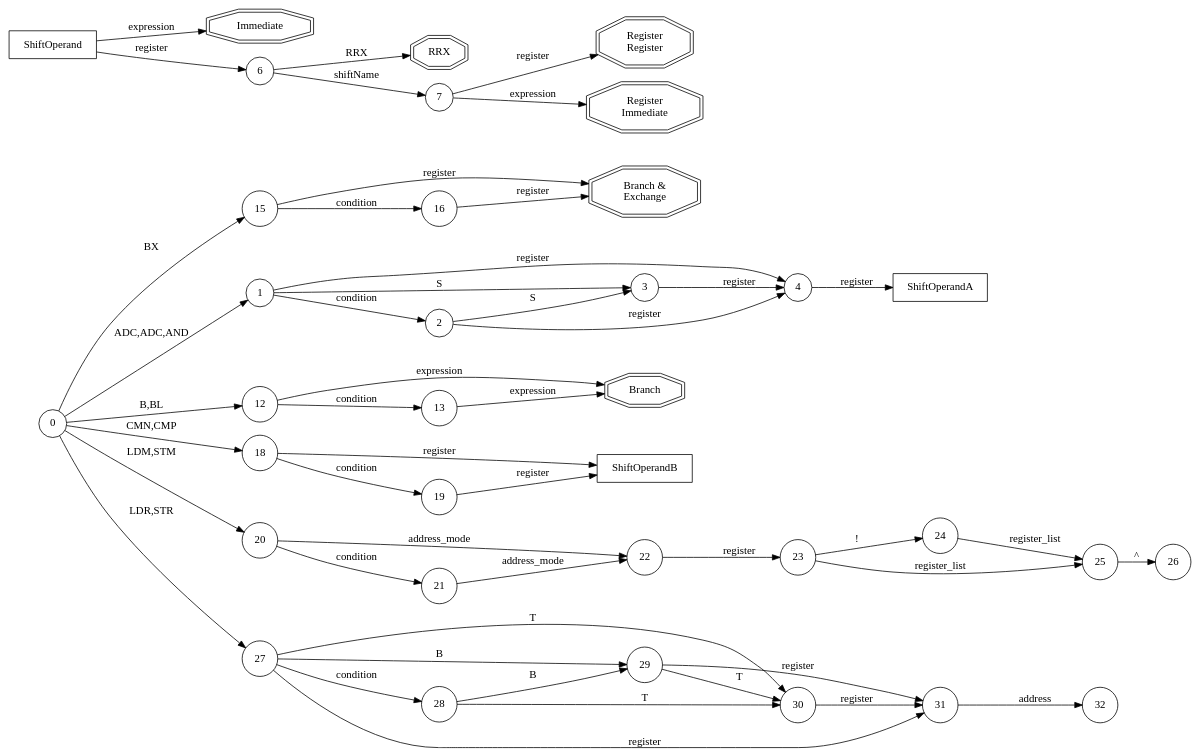
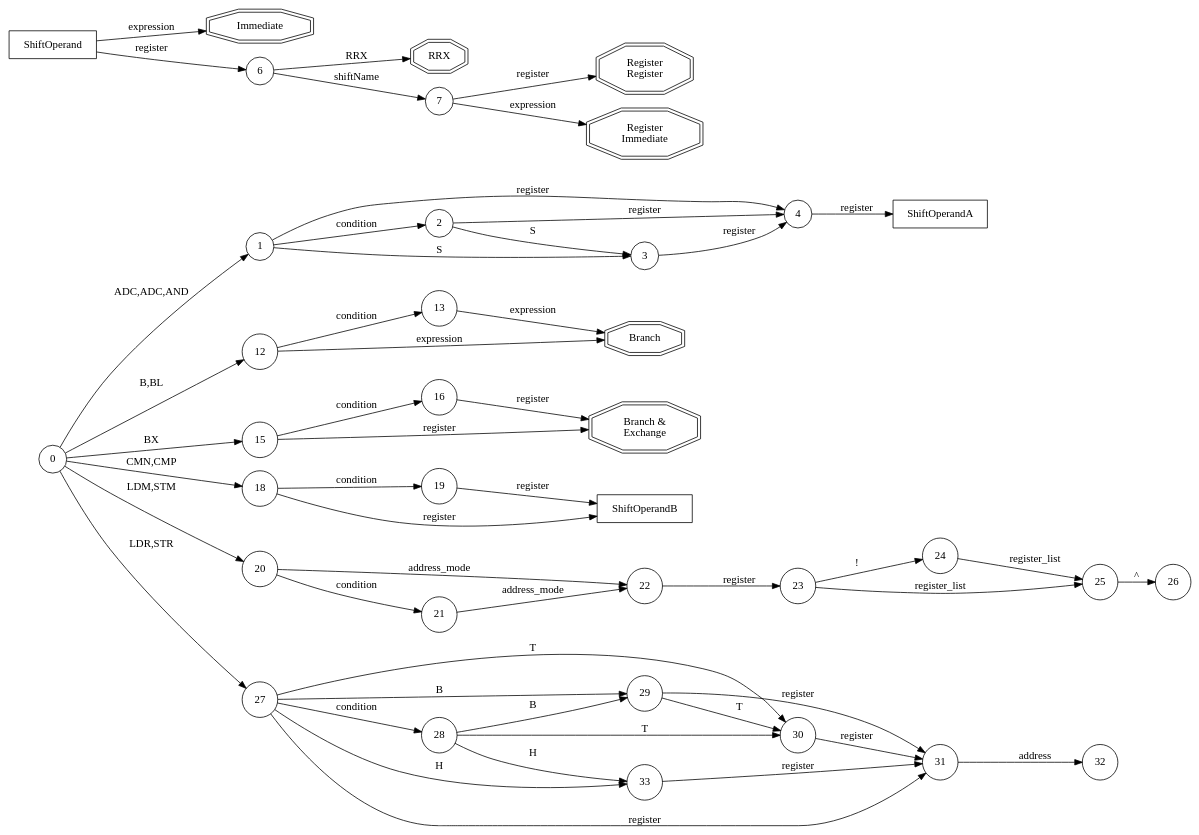
One commit to dospro/biogba changed the diagram in docs/asm_parser/opcode.dot. Above: the diagram before and after it, drawn with Graphviz. The commit also changed 3 other files, not shown here.

```diff
--- a/docs/asm_parser/opcode.dot
+++ b/docs/asm_parser/opcode.dot
@@ -1,72 +1,76 @@
 digraph g {
   rankdir=LR;
   node [shape = doubleoctagon]; 17 10 11 8 9 14 ;
   node [shape = box] ShiftOperandA ShiftOperandB ShiftOperand
 	node [shape = circle];
   
   17 [label="Branch & \nExchange"]
   14 [label=Branch]
   11 [label=Immediate]
   10 [label=RRX]
   8 [label="Register\nRegister"]
   9 [label="Register\nImmediate"]
 
   0 -> 1 [label="ADC,ADC,AND"]
   1 -> 2 [label=condition]
   2 -> 3 [label=S]
   1 -> 3 [label=S]
   1 -> 4 [label=register]
   2 -> 4 [label=register]
   3 -> 4 [label=register]
   4 -> ShiftOperandA [label=register]
 
   // Shift Operand
   ShiftOperand -> 6 [label=register]
   ShiftOperand -> 11 [label=expression]
   6 -> 7 [label=shiftName]
   6 -> 10 [label=RRX]
   7 -> 8 [label=register]
   7 -> 9 [label=expression]
 
   // Para Branch
   0 -> 12 [label="B,BL"]
   12 -> 13 [label=condition]
   12 -> 14 [label=expression]
   13 -> 14 [label=expression]
 
   0 -> 15 [label="BX"]
   15 -> 16 [label=condition]
   15 -> 17 [label=register]
   16 -> 17 [label=register]
 
   0 -> 18 [label="CMN,CMP"]
   18 -> 19 [label=condition]
   18 -> ShiftOperandB [label=register]
   19 -> ShiftOperandB [label=register]
 
   0 -> 20 [label="LDM,STM"]
   20 -> 21 [label="condition"]
   21 -> 22 [label="address_mode"]
   20 -> 22 [label="address_mode"]
   22 -> 23 [label="register"]
   23 -> 24 [label="!"]
   23 -> 25 [label="register_list"]
   24 -> 25 [label="register_list"]
   25 -> 26 [label="^"]
 
   0 -> 27 [label="LDR,STR"]
   27 -> 28 [label="condition"]
   28 -> 29 [label="B"]
   29 -> 30 [label="T"]
   30 -> 31 [label="register"]
   31 -> 32 [label="address"]
 
   29 -> 31 [label="register"]
   28 -> 30 [label="T"]
   27 -> 30 [label="T"]
   27 -> 31 [label="register"]
   27 -> 29 [label="B"]
 
+  27 -> 33 [label="H"]
+  33 -> 31 [label="register"]
+  28 -> 33 [label="H"]
+
 
 
 }
```
